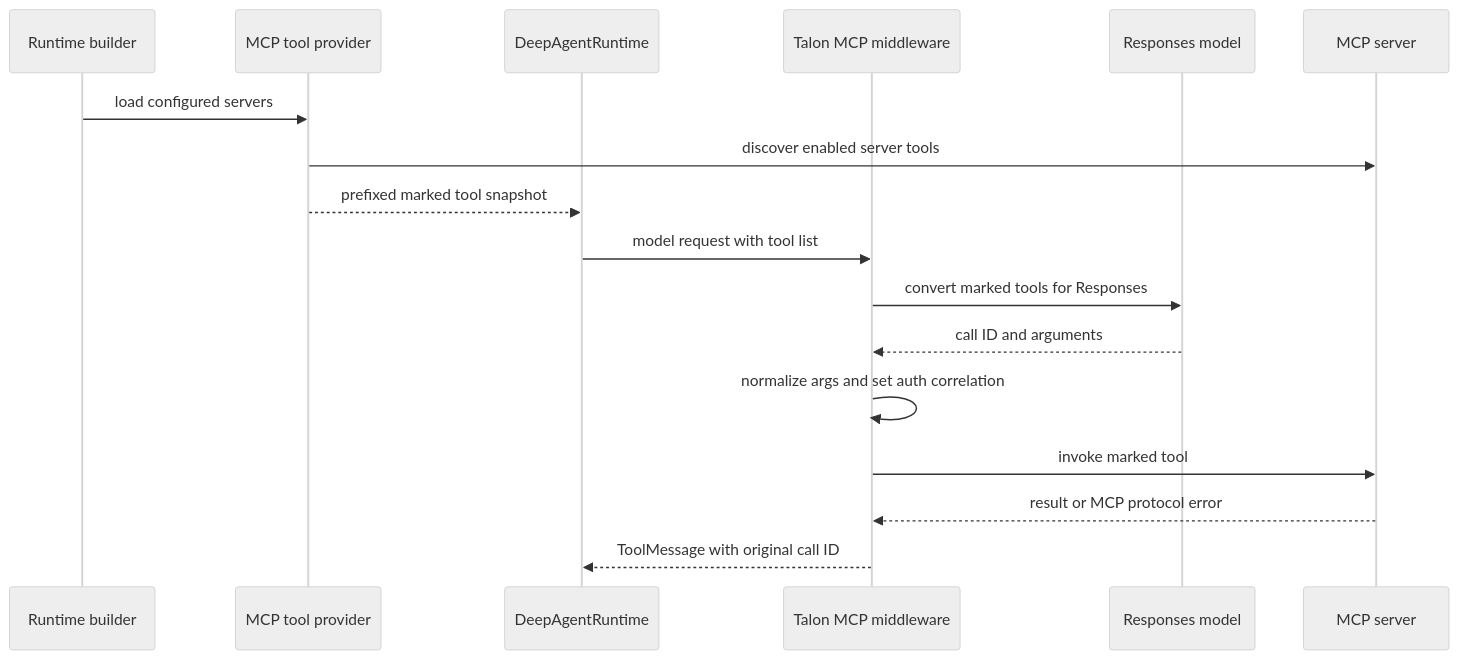
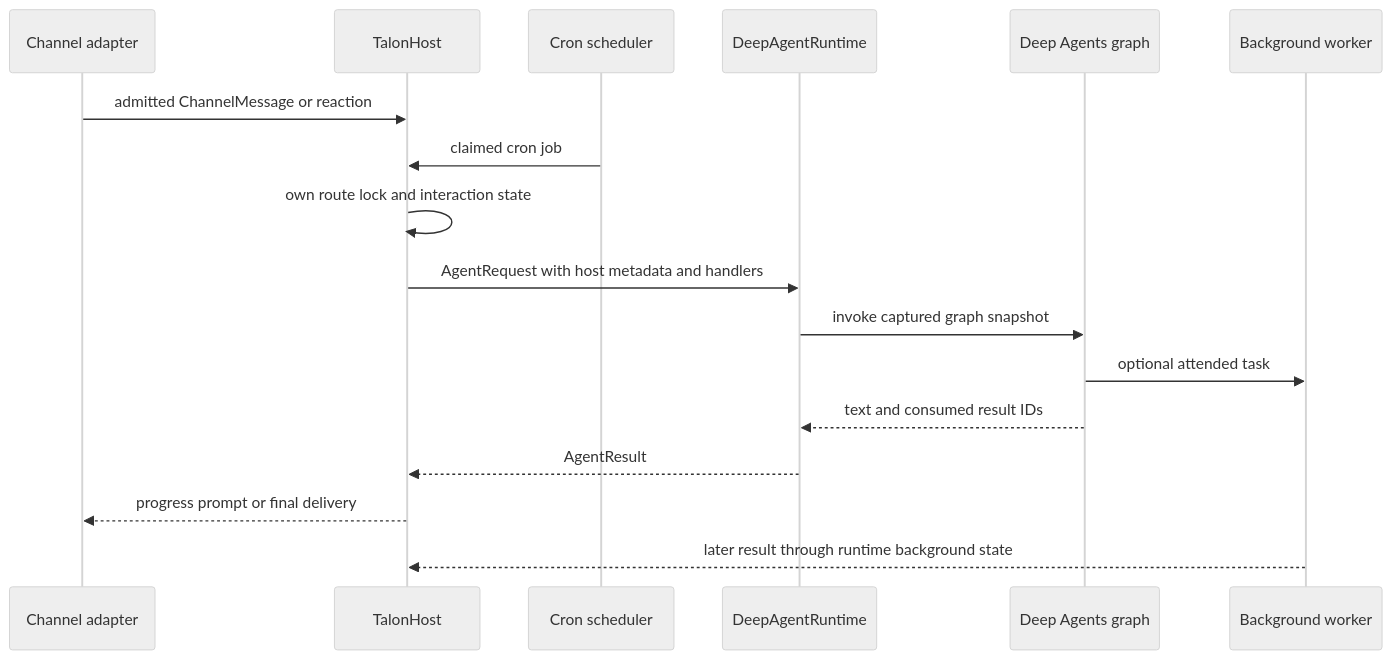
Before and after one commit to langchain-ai/deepagents: the diagram in openwiki/integrations/talon.md, drawn with Mermaid (neutral theme). The commit also changed other lines of this file and 63 other files, not shown here.

````diff
--- a/openwiki/integrations/talon.md
+++ b/openwiki/integrations/talon.md
@@ -53,20 +63,20 @@
 ```mermaid
 sequenceDiagram
-    participant Builder as Runtime builder
-    participant Provider as MCP tool provider
+    participant Channel as Channel adapter
+    participant Host as TalonHost
+    participant Scheduler as Cron scheduler
     participant Runtime as DeepAgentRuntime
-    participant Middleware as Talon MCP middleware
-    participant Model as Responses model
-    participant Server as MCP server
+    participant Graph as Deep Agents graph
+    participant Worker as Background worker
 
-    Builder->>Provider: load configured servers
-    Provider->>Server: discover enabled server tools
-    Provider-->>Runtime: prefixed marked tool snapshot
-    Runtime->>Middleware: model request with tool list
-    Middleware->>Model: convert marked tools for Responses
-    Model-->>Middleware: call ID and arguments
-    Middleware->>Middleware: normalize args and set auth correlation
-    Middleware->>Server: invoke marked tool
-    Server-->>Middleware: result or MCP protocol error
-    Middleware-->>Runtime: ToolMessage with original call ID
+    Channel->>Host: admitted ChannelMessage or reaction
+    Scheduler->>Host: claimed cron job
+    Host->>Host: own route lock and interaction state
+    Host->>Runtime: AgentRequest with host metadata and handlers
+    Runtime->>Graph: invoke captured graph snapshot
+    Graph->>Worker: optional attended task
+    Graph-->>Runtime: text and consumed result IDs
+    Runtime-->>Host: AgentResult
+    Host-->>Channel: progress prompt or final delivery
+    Worker-->>Host: later result through runtime background state
 ```
````
